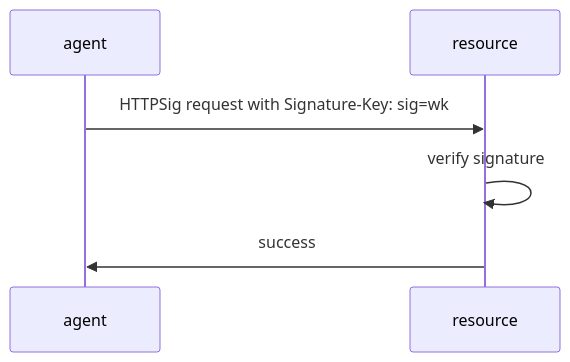
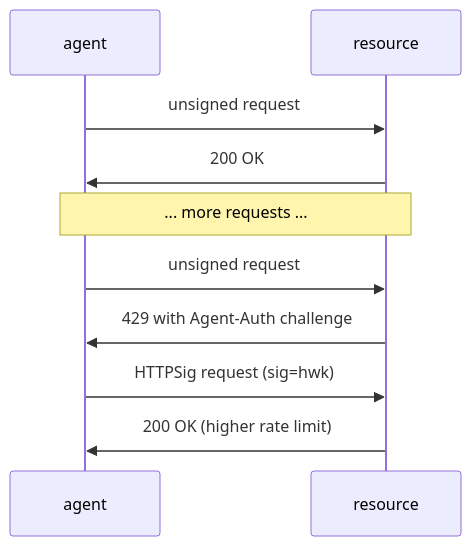
The first of 8 diagrams in README.md (dickhardt/agent-auth), drawn with Mermaid before and after one commit. The commit also changed other lines of this file, not shown here.

First line of the commit message:
Update to four signature schemes with required x5t

````diff
--- a/README.md
+++ b/README.md
@@ -237,9 +169,16 @@
 ```mermaid
 sequenceDiagram
     participant Agent as agent
     participant Resource as resource
 
-    Agent->>Resource: HTTPSig request with Signature-Key: sig=wk
-    Resource->>Resource: verify signature
-    Resource->>Agent: success
+    Agent->>Resource: unsigned request
+    Resource->>Agent: 200 OK
+
+    Note over Agent,Resource: ... more requests ...
+
+    Agent->>Resource: unsigned request
+    Resource->>Agent: 429 with Agent-Auth challenge
+
+    Agent->>Resource: HTTPSig request (sig=hwk)
+    Resource->>Agent: 200 OK (higher rate limit)
 ```
````
